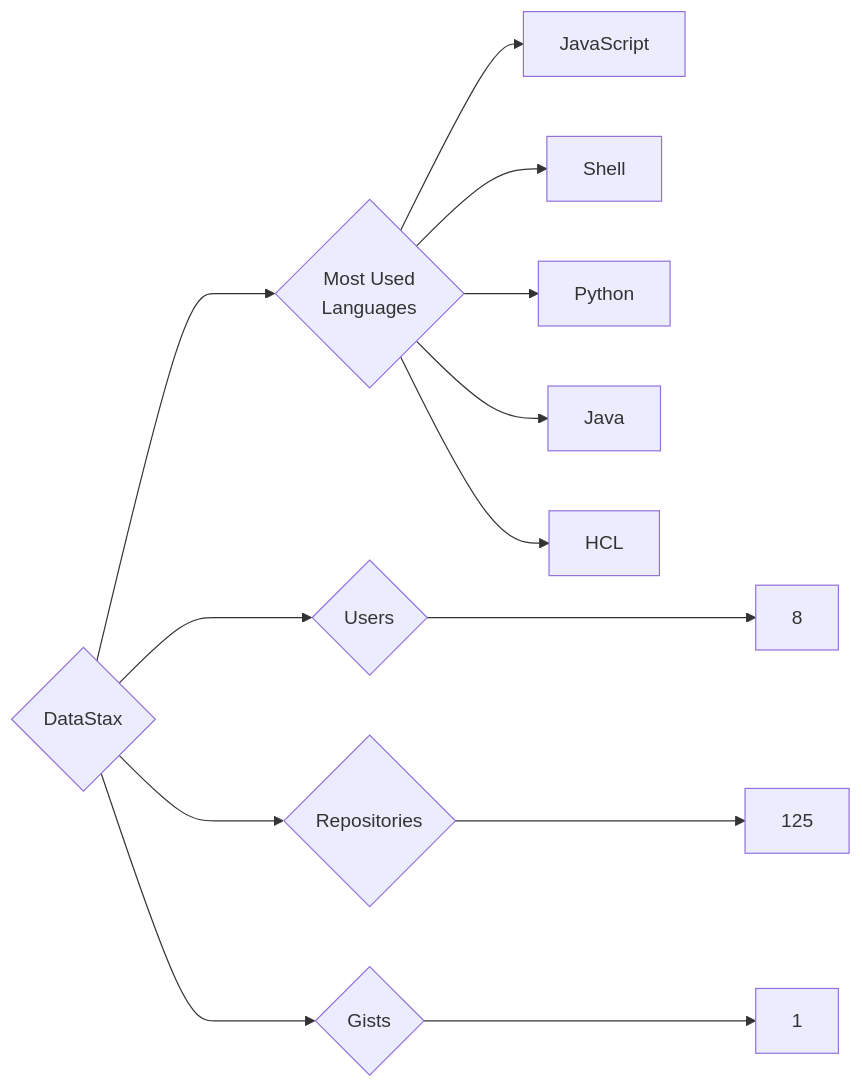
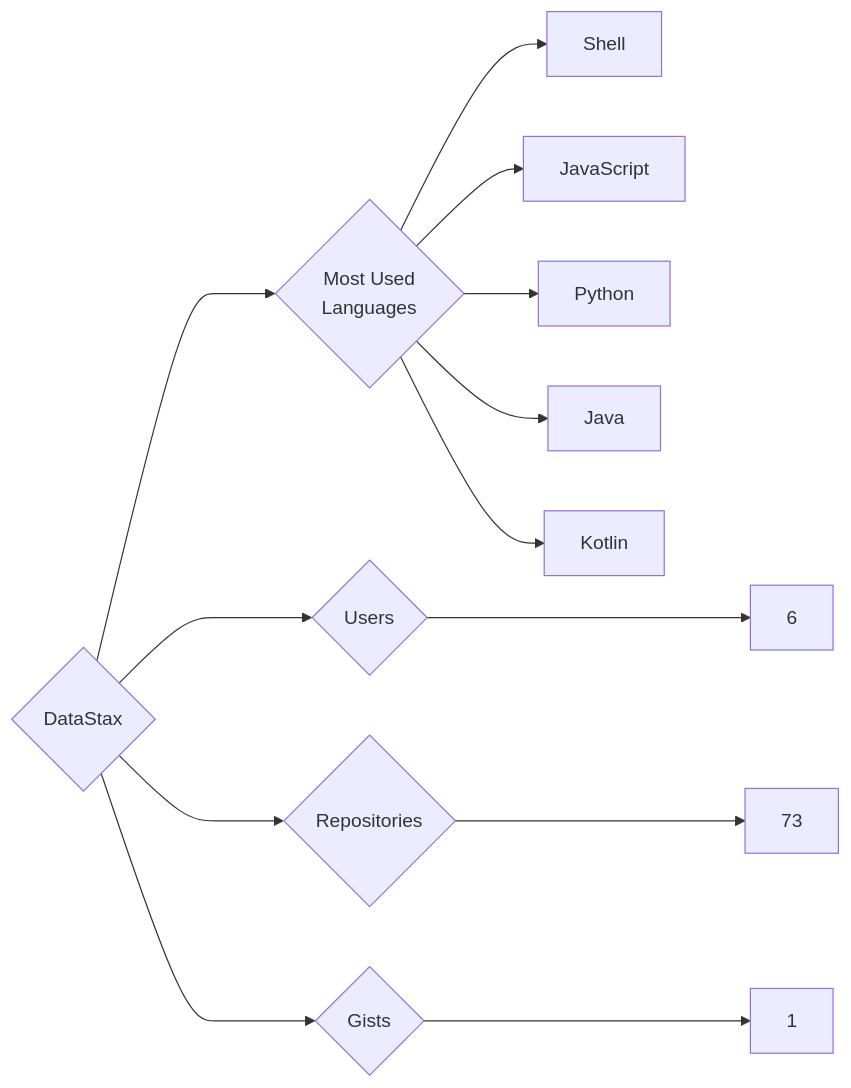
The diagram in targets/DataStax/README.md (trickest/insiders), drawn with Mermaid before and after one commit. The commit also changed 1078 other files, not shown here.

````diff
--- a/targets/DataStax/README.md
+++ b/targets/DataStax/README.md
@@ -3,13 +3,13 @@
 ```mermaid
 graph LR
 COMPANY_NAME{DataStax}
-COMPANY_NAME ---> U{Users} ---> UN[8]
-COMPANY_NAME ---> R{Repositories} ---> RN[125]
+COMPANY_NAME ---> U{Users} ---> UN[6]
+COMPANY_NAME ---> R{Repositories} ---> RN[73]
 COMPANY_NAME ---> G{Gists} ---> GN[1]
 COMPANY_NAME ---> ML{Most Used<br>Languages}
+ML --> Shell[Shell]
 ML --> JavaScript[JavaScript]
-ML --> Shell[Shell]
 ML --> Python[Python]
 ML --> Java[Java]
-ML --> HCL[HCL]
+ML --> Kotlin[Kotlin]
 ```
````
